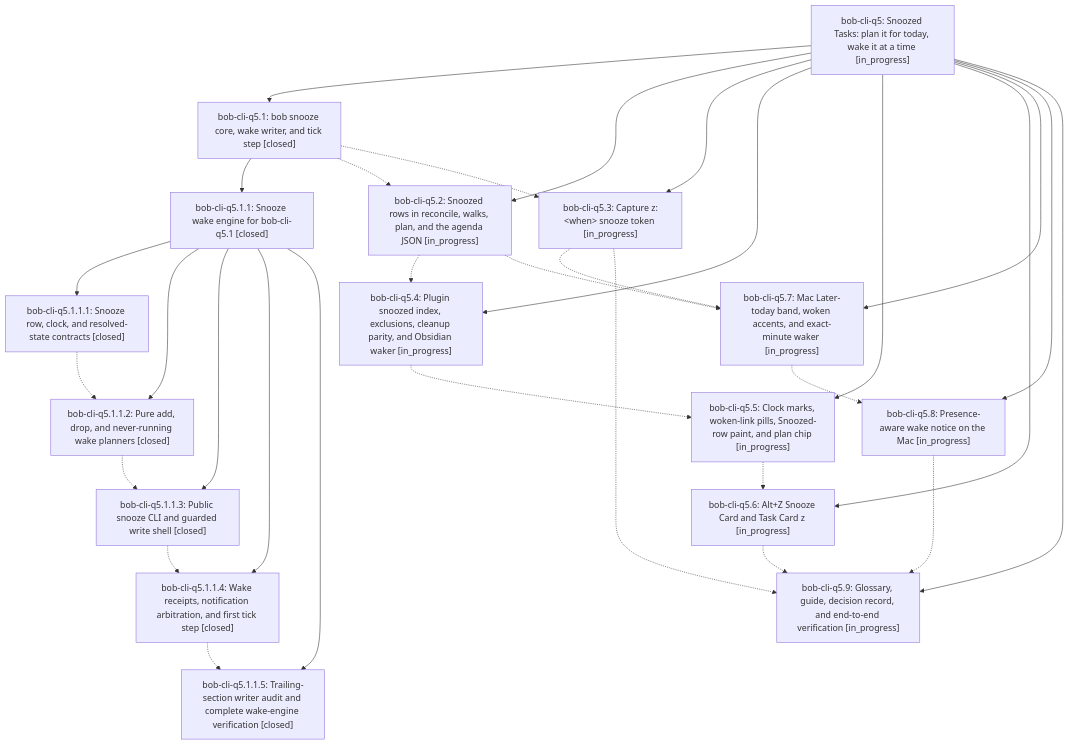
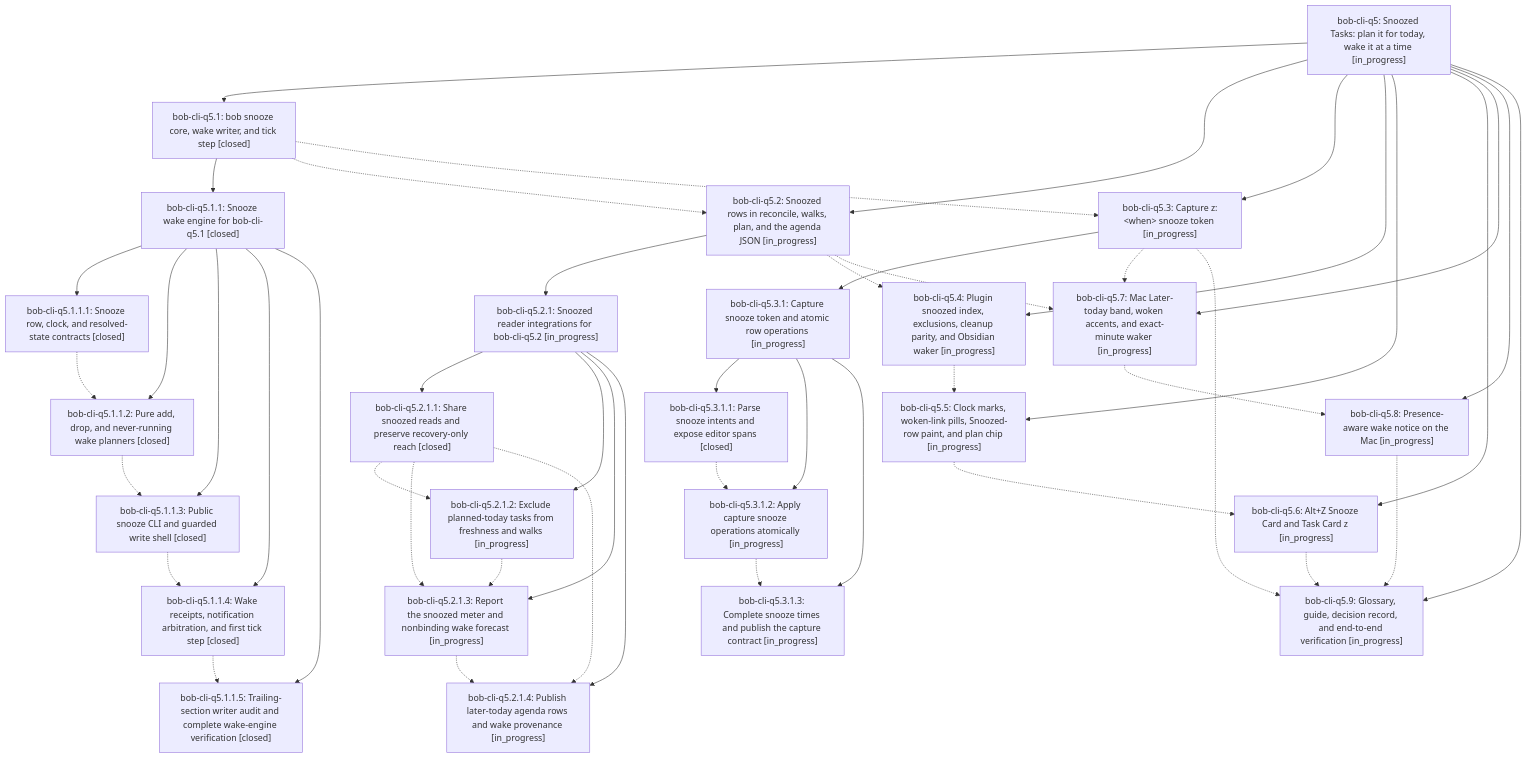
One commit to bobs-org/bob-cli--beads changed the diagram in pages/bob-cli-q5/README.md. Above: the diagram before and after it, drawn with Mermaid. The commit also changed other lines of this file and 11 other files, not shown here.

First line of the commit message:
chore(beads): sync bead state and pages for bob-cli-q5

````diff
--- a/pages/bob-cli-q5/README.md
+++ b/pages/bob-cli-q5/README.md
@@ -42,49 +42,74 @@
 ```mermaid
 flowchart TD
     n0["bob-cli-q5: Snoozed Tasks: plan it for today, wake it at a time [in_progress]"]
     n1["bob-cli-q5.1: bob snooze core, wake writer, and tick step [closed]"]
     n2["bob-cli-q5.1.1: Snooze wake engine for bob-cli-q5.1 [closed]"]
     n3["bob-cli-q5.1.1.1: Snooze row, clock, and resolved-state contracts [closed]"]
     n4["bob-cli-q5.1.1.2: Pure add, drop, and never-running wake planners [closed]"]
     n5["bob-cli-q5.1.1.3: Public snooze CLI and guarded write shell [closed]"]
     n6["bob-cli-q5.1.1.4: Wake receipts, notification arbitration, and first tick step [closed]"]
     n7["bob-cli-q5.1.1.5: Trailing-section writer audit and complete wake-engine verification [closed]"]
     n8["bob-cli-q5.2: Snoozed rows in reconcile, walks, plan, and the agenda JSON [in_progress]"]
-    n9["bob-cli-q5.3: Capture z:&lt;when&gt; snooze token [in_progress]"]
-    n10["bob-cli-q5.4: Plugin snoozed index, exclusions, cleanup parity, and Obsidian waker [in_progress]"]
-    n11["bob-cli-q5.5: Clock marks, woken-link pills, Snoozed-row paint, and plan chip [in_progress]"]
-    n12["bob-cli-q5.6: Alt+Z Snooze Card and Task Card z [in_progress]"]
-    n13["bob-cli-q5.7: Mac Later-today band, woken accents, and exact-minute waker [in_progress]"]
-    n14["bob-cli-q5.8: Presence-aware wake notice on the Mac [in_progress]"]
-    n15["bob-cli-q5.9: Glossary, guide, decision record, and end-to-end verification [in_progress]"]
+    n9["bob-cli-q5.2.1: Snoozed reader integrations for bob-cli-q5.2 [in_progress]"]
+    n10["bob-cli-q5.2.1.1: Share snoozed reads and preserve recovery-only reach [closed]"]
+    n11["bob-cli-q5.2.1.2: Exclude planned-today tasks from freshness and walks [in_progress]"]
+    n12["bob-cli-q5.2.1.3: Report the snoozed meter and nonbinding wake forecast [in_progress]"]
+    n13["bob-cli-q5.2.1.4: Publish later-today agenda rows and wake provenance [in_progress]"]
+    n14["bob-cli-q5.3: Capture z:&lt;when&gt; snooze token [in_progress]"]
+    n15["bob-cli-q5.3.1: Capture snooze token and atomic row operations [in_progress]"]
+    n16["bob-cli-q5.3.1.1: Parse snooze intents and expose editor spans [closed]"]
+    n17["bob-cli-q5.3.1.2: Apply capture snooze operations atomically [in_progress]"]
+    n18["bob-cli-q5.3.1.3: Complete snooze times and publish the capture contract [in_progress]"]
+    n19["bob-cli-q5.4: Plugin snoozed index, exclusions, cleanup parity, and Obsidian waker [in_progress]"]
+    n20["bob-cli-q5.5: Clock marks, woken-link pills, Snoozed-row paint, and plan chip [in_progress]"]
+    n21["bob-cli-q5.6: Alt+Z Snooze Card and Task Card z [in_progress]"]
+    n22["bob-cli-q5.7: Mac Later-today band, woken accents, and exact-minute waker [in_progress]"]
+    n23["bob-cli-q5.8: Presence-aware wake notice on the Mac [in_progress]"]
+    n24["bob-cli-q5.9: Glossary, guide, decision record, and end-to-end verification [in_progress]"]
     n0 --> n1
     n1 --> n2
     n2 --> n3
     n2 --> n4
     n2 --> n5
     n2 --> n6
     n2 --> n7
     n0 --> n8
-    n0 --> n9
-    n0 --> n10
-    n0 --> n11
-    n0 --> n12
-    n0 --> n13
+    n8 --> n9
+    n9 --> n10
+    n9 --> n11
+    n9 --> n12
+    n9 --> n13
     n0 --> n14
-    n0 --> n15
+    n14 --> n15
+    n15 --> n16
+    n15 --> n17
+    n15 --> n18
+    n0 --> n19
+    n0 --> n20
+    n0 --> n21
+    n0 --> n22
+    n0 --> n23
+    n0 --> n24
     n1 -.-> n8
-    n1 -.-> n9
+    n1 -.-> n14
     n3 -.-> n4
     n4 -.-> n5
     n5 -.-> n6
     n6 -.-> n7
-    n8 -.-> n10
-    n8 -.-> n13
-    n9 -.-> n13
-    n9 -.-> n15
+    n8 -.-> n19
+    n8 -.-> n22
     n10 -.-> n11
+    n10 -.-> n12
+    n10 -.-> n13
     n11 -.-> n12
-    n12 -.-> n15
-    n13 -.-> n14
-    n14 -.-> n15
+    n12 -.-> n13
+    n14 -.-> n22
+    n14 -.-> n24
+    n16 -.-> n17
+    n17 -.-> n18
+    n19 -.-> n20
+    n20 -.-> n21
+    n21 -.-> n24
+    n22 -.-> n23
+    n23 -.-> n24
 ```
````
